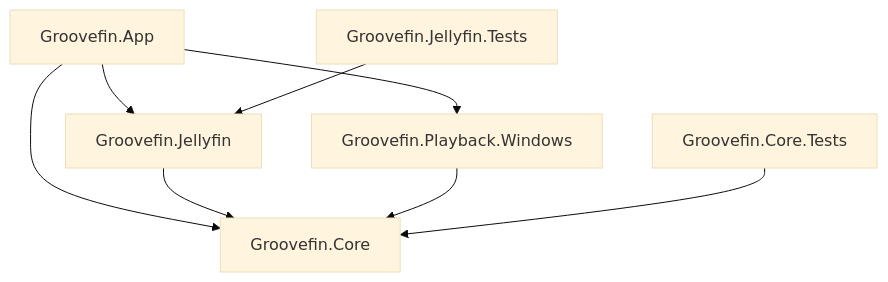
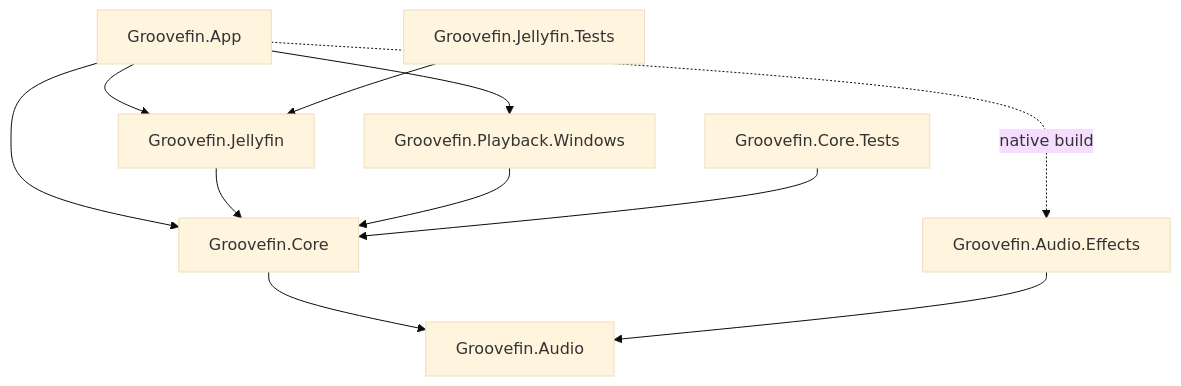
The second of 2 diagrams in docs/architecture.md (sysmike/groovefin), drawn with Mermaid (base theme) before and after one commit. The commit also changed other lines of this file and 49 other files, not shown here.

````diff
--- a/docs/architecture.md
+++ b/docs/architecture.md
@@ -75,10 +77,13 @@
 ```mermaid
 flowchart TD
     App[Groovefin.App] --> Core[Groovefin.Core]
     App --> Jellyfin[Groovefin.Jellyfin]
     App --> Playback[Groovefin.Playback.Windows]
+    App -. native build .-> Effects[Groovefin.Audio.Effects]
     Jellyfin --> Core
     Playback --> Core
+    Core --> Audio[Groovefin.Audio]
+    Effects --> Audio
     CoreTests[Groovefin.Core.Tests] --> Core
     JellyfinTests[Groovefin.Jellyfin.Tests] --> Jellyfin
 ```
````
